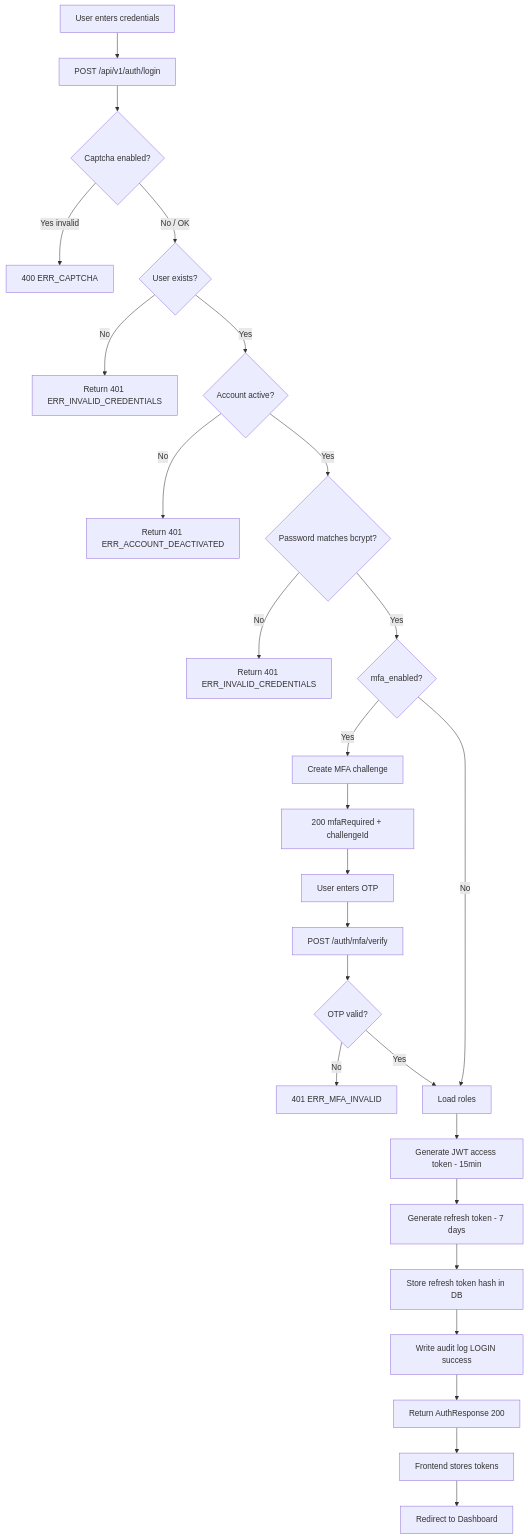
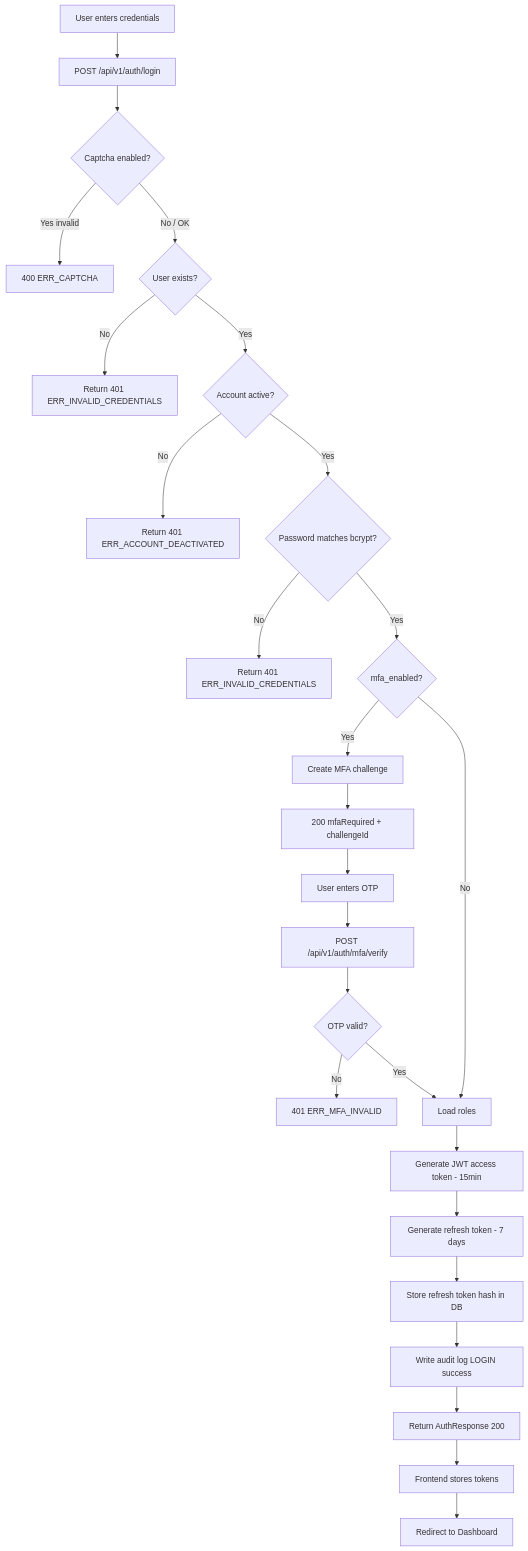
Before and after one commit to ashutoshbelulkar-coder/credit-harmony: the first of 3 diagrams in docs/User stories/EPIC-01-Authentication-Session.md, drawn with Mermaid. The commit also changed other lines of this file and 30 other files, not shown here.

````diff
--- a/docs/User stories/EPIC-01-Authentication-Session.md
+++ b/docs/User stories/EPIC-01-Authentication-Session.md
@@ -343,28 +343,28 @@
 ```mermaid
 flowchart TD
     A[User enters credentials] --> B[POST /api/v1/auth/login]
     B --> B0{Captcha enabled?}
     B0 -->|Yes invalid| B1[400 ERR_CAPTCHA]
     B0 -->|No / OK| C{User exists?}
     C -->|No| D[Return 401 ERR_INVALID_CREDENTIALS]
     C -->|Yes| E{Account active?}
     E -->|No| F[Return 401 ERR_ACCOUNT_DEACTIVATED]
     E -->|Yes| G{Password matches bcrypt?}
     G -->|No| H[Return 401 ERR_INVALID_CREDENTIALS]
     G -->|Yes| Mfa{mfa_enabled?}
     Mfa -->|Yes| M1[Create MFA challenge]
     M1 --> M2[200 mfaRequired + challengeId]
     M2 --> M3[User enters OTP]
-    M3 --> M4[POST /auth/mfa/verify]
+    M3 --> M4[POST /api/v1/auth/mfa/verify]
     M4 --> M5{OTP valid?}
     M5 -->|No| M6[401 ERR_MFA_INVALID]
     M5 -->|Yes| I[Load roles]
     Mfa -->|No| I
     I --> J[Generate JWT access token - 15min]
     J --> K[Generate refresh token - 7 days]
     K --> L[Store refresh token hash in DB]
     L --> M[Write audit log LOGIN success]
     M --> N[Return AuthResponse 200]
     N --> O[Frontend stores tokens]
     O --> P[Redirect to Dashboard]
 ```
````
